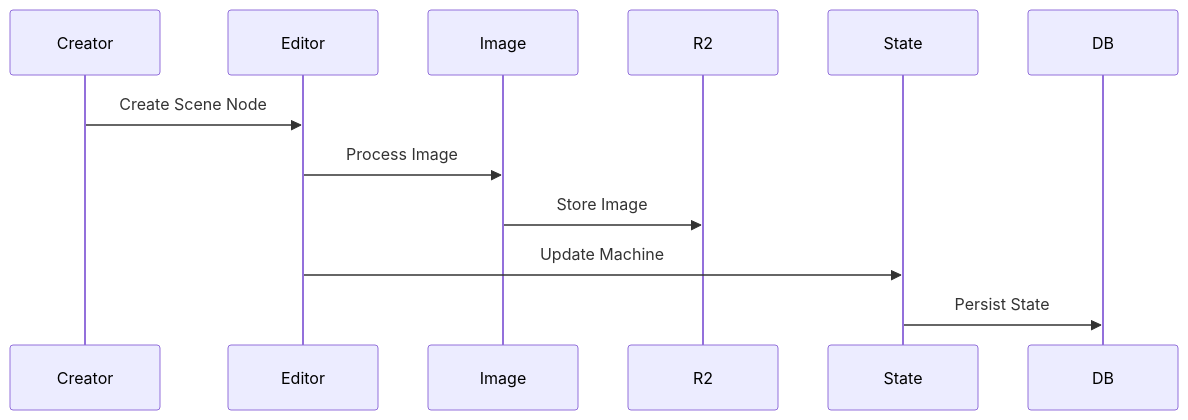
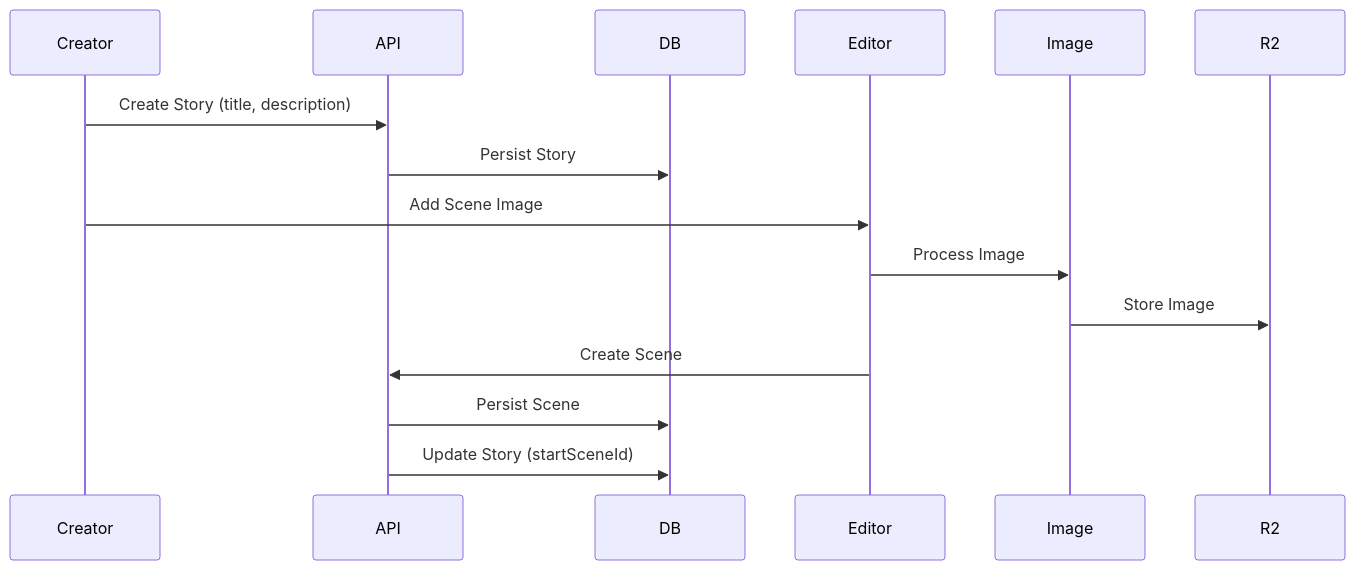
The second of 4 diagrams in memory-bank/systemPatterns.md (AlexBerlo/test-nuxt), drawn with Mermaid before and after one commit. The commit also changed 10 other files, not shown here.

````diff
--- a/memory-bank/systemPatterns.md
+++ b/memory-bank/systemPatterns.md
@@ -52,8 +52,11 @@
 ```mermaid
 sequenceDiagram
-    Creator->>Editor: Create Scene Node
+    Creator->>API: Create Story (title, description)
+    API->>DB: Persist Story
+    Creator->>Editor: Add Scene Image
     Editor->>Image: Process Image
     Image->>R2: Store Image
-    Editor->>State: Update Machine
-    State->>DB: Persist State
+    Editor->>API: Create Scene
+    API->>DB: Persist Scene
+    API->>DB: Update Story (startSceneId)
 ```
````
